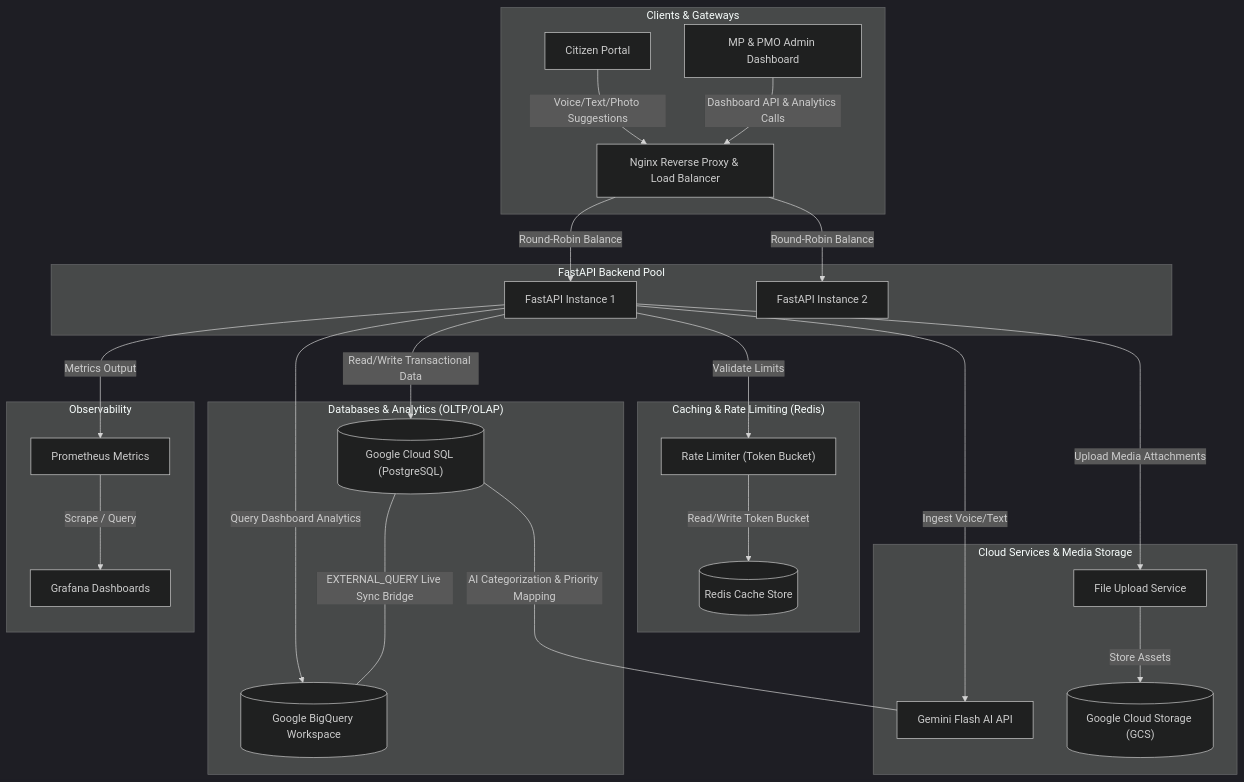
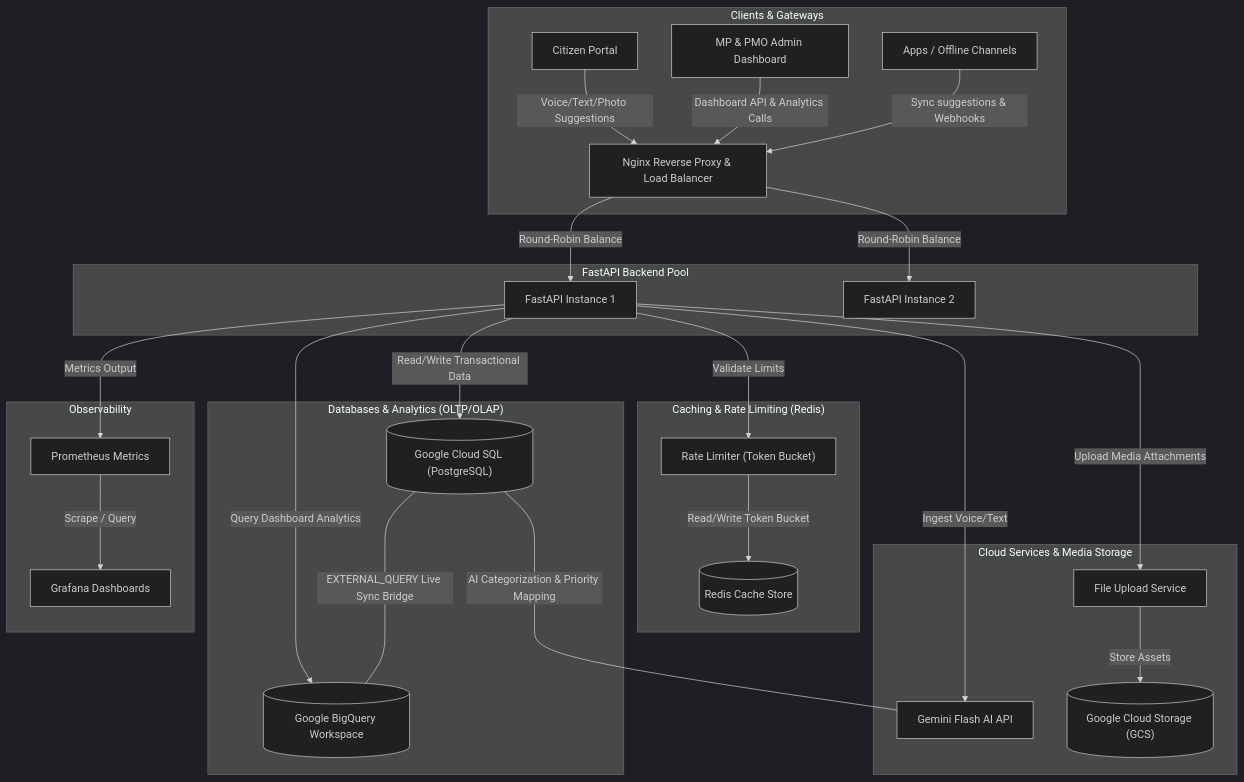
One commit to Nandanhs006/Civic-Pulse changed the first of 2 diagrams in README.md. Above: the diagram before and after it, drawn with Mermaid (dark theme). The commit also changed other lines of this file and 1 other file, not shown here.

````diff
--- a/README.md
+++ b/README.md
@@ -22,61 +22,63 @@
 ```mermaid
 flowchart TD
     subgraph "Clients & Gateways"
         Citizen["Citizen Portal"]
         Admin["MP & PMO Admin Dashboard"]
+        Offline["Apps / Offline Channels"]
         Nginx["Nginx Reverse Proxy & Load Balancer"]
     end
 
     subgraph "FastAPI Backend Pool"
         FastAPI1["FastAPI Instance 1"]
         FastAPI2["FastAPI Instance 2"]
     end
 
     subgraph "Caching & Rate Limiting (Redis)"
         Cache[("Redis Cache Store")]
         Limiter["Rate Limiter (Token Bucket)"]
     end
 
     subgraph "Cloud Services & Media Storage"
         AIService["Gemini Flash AI API"]
         FileService["File Upload Service"]
         GCS[("Google Cloud Storage (GCS)")]
     end
 
     subgraph "Databases & Analytics (OLTP/OLAP)"
         CloudSQL[("Google Cloud SQL (PostgreSQL)")]
         BigQuery[("Google BigQuery Workspace")]
     end
 
     subgraph "Observability"
         Prom["Prometheus Metrics"]
         Grafana["Grafana Dashboards"]
     end
 
     %% Connections
     Citizen -->|Voice/Text/Photo Suggestions| Nginx
     Admin -->|Dashboard API & Analytics Calls| Nginx
+    Offline -->|Sync suggestions & Webhooks| Nginx
     Nginx -->|Round-Robin Balance| FastAPI1
     Nginx -->|Round-Robin Balance| FastAPI2
 
     %% Caching & Limiting
     FastAPI1 -->|Validate Limits| Limiter
     Limiter -->|Read/Write Token Bucket| Cache
 
     %% AI & Files
     FastAPI1 -->|Ingest Voice/Text| AIService
     FastAPI1 -->|Upload Media Attachments| FileService
     FileService -->|Store Assets| GCS
 
     %% Core Data Writes
     FastAPI1 -->|Read/Write Transactional Data| CloudSQL
     CloudSQL <---|AI Categorization & Priority Mapping| AIService
 
     %% OLAP Federated Bridge
     FastAPI1 -->|Query Dashboard Analytics| BigQuery
     CloudSQL <---|EXTERNAL_QUERY Live Sync Bridge| BigQuery
 
     %% Observability
     FastAPI1 -->|Metrics Output| Prom
     Prom -->|Scrape / Query| Grafana
 ```
````
